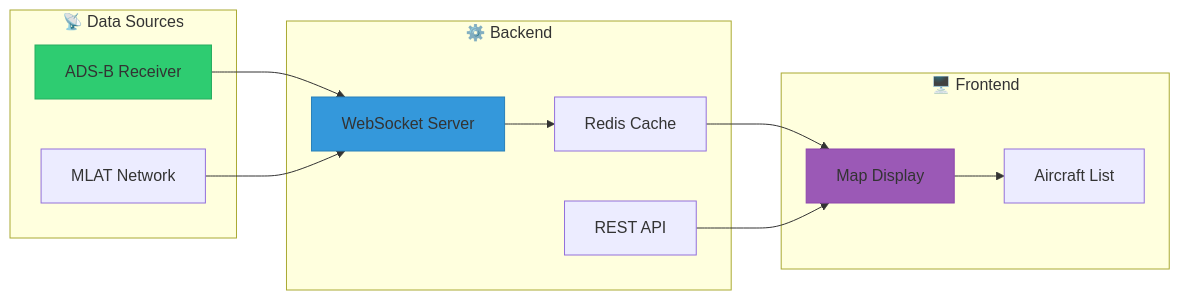
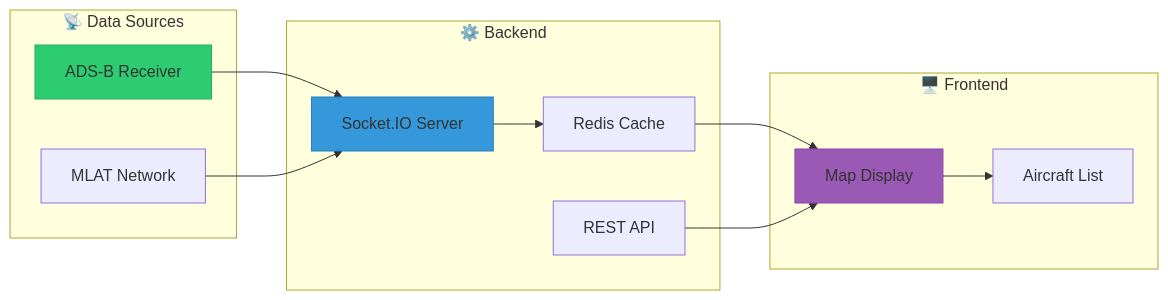
The first of 4 diagrams in docs/10-map-aviation.md (CHA0S-CORP/SkySpy), drawn with Mermaid before and after one commit. The commit also changed other lines of this file and 66 other files, not shown here.

````diff
--- a/docs/10-map-aviation.md
+++ b/docs/10-map-aviation.md
@@ -77,29 +77,29 @@
 ```mermaid
 flowchart LR
     subgraph Sources["📡 Data Sources"]
         ADS["ADS-B Receiver"]
         MLAT["MLAT Network"]
     end
 
     subgraph Backend["⚙️ Backend"]
-        WS["WebSocket Server"]
+        SIO["Socket.IO Server"]
         REST["REST API"]
         REDIS["Redis Cache"]
     end
 
     subgraph Frontend["🖥️ Frontend"]
         MAP["Map Display"]
         LIST["Aircraft List"]
     end
 
-    ADS --> WS
-    MLAT --> WS
-    WS --> REDIS
+    ADS --> SIO
+    MLAT --> SIO
+    SIO --> REDIS
     REDIS --> MAP
     REST --> MAP
     MAP --> LIST
 
     style ADS fill:#2ecc71,stroke:#27ae60
-    style WS fill:#3498db,stroke:#2980b9
+    style SIO fill:#3498db,stroke:#2980b9
     style MAP fill:#9b59b6,stroke:#8e44ad
 ```
````
